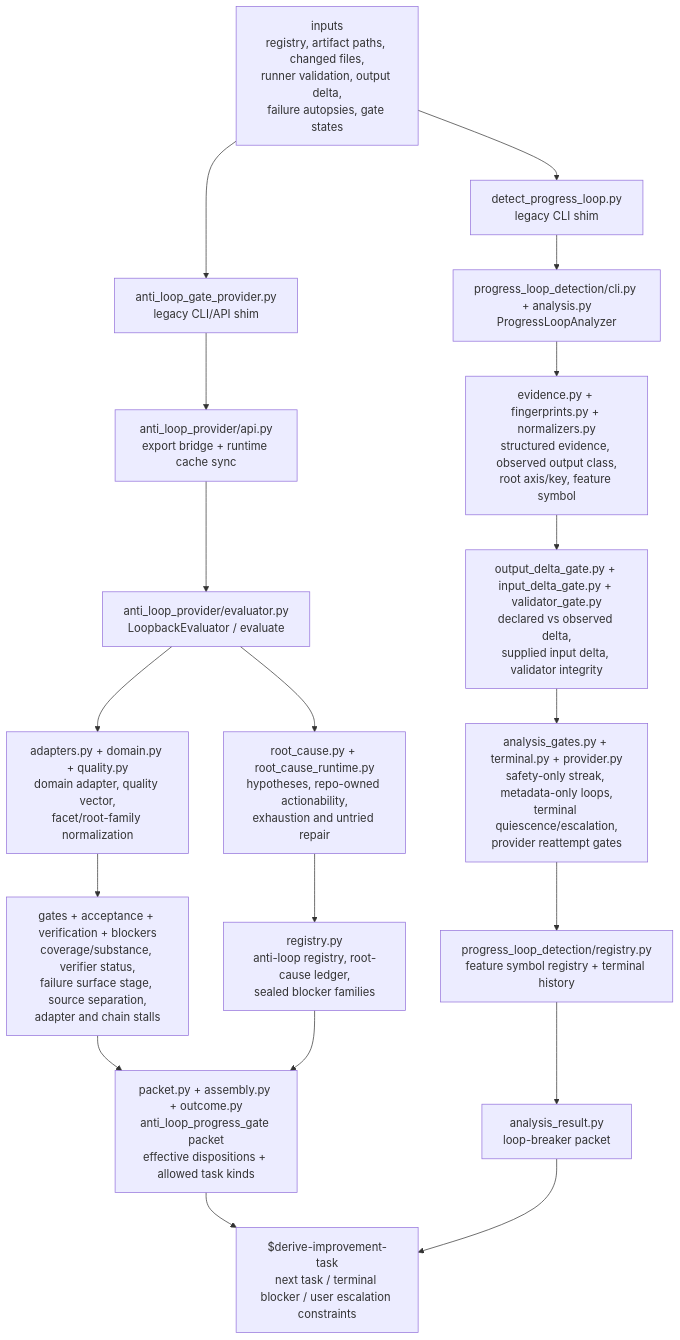
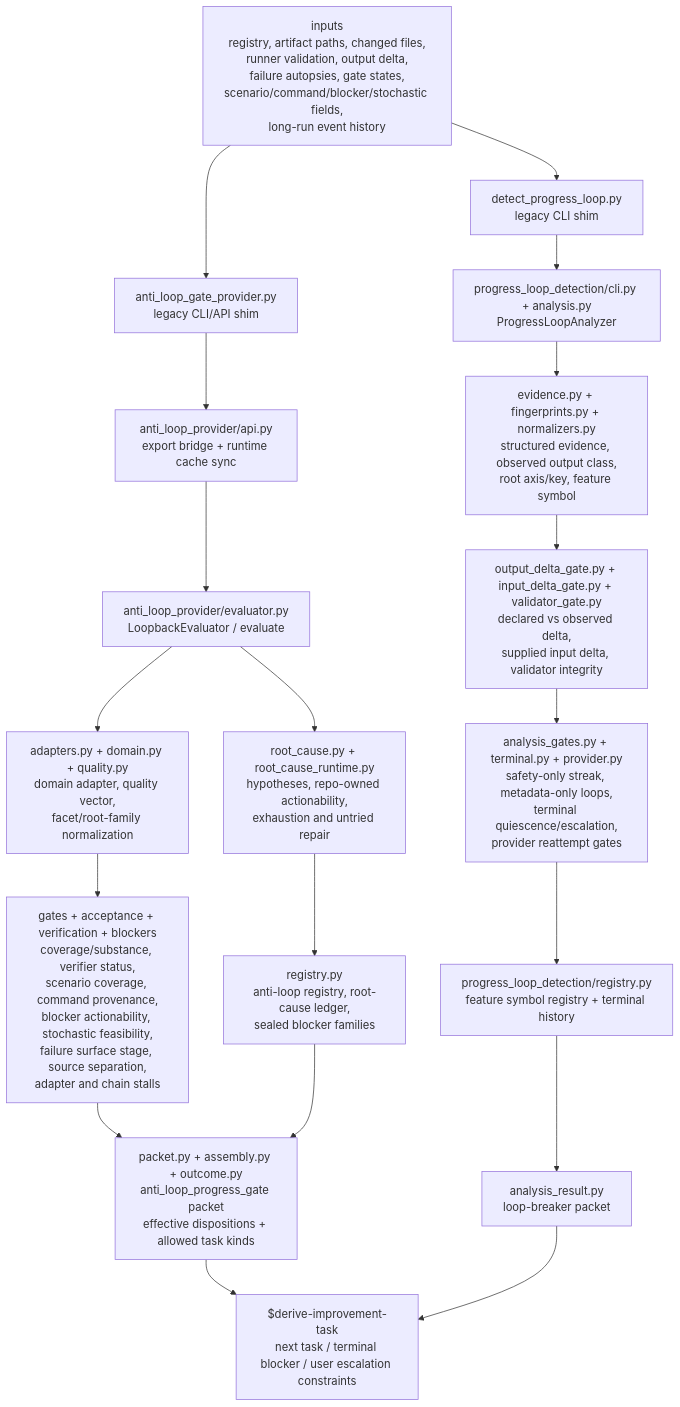
The seventh of 7 diagrams in README.md (sw1029/workflow_swfool), drawn with Mermaid before and after one commit. The commit also changed other lines of this file, not shown here.

````diff
--- a/README.md
+++ b/README.md
@@ -293,30 +302,30 @@
 ```mermaid
 flowchart TD
-  Inputs["inputs<br/>registry, artifact paths, changed files,<br/>runner validation, output delta,<br/>failure autopsies, gate states"]
+  Inputs["inputs<br/>registry, artifact paths, changed files,<br/>runner validation, output delta,<br/>failure autopsies, gate states,<br/>scenario/command/blocker/stochastic fields,<br/>long-run event history"]
 
   LoopbackCLI["anti_loop_gate_provider.py<br/>legacy CLI/API shim"]
   LoopbackAPI["anti_loop_provider/api.py<br/>export bridge + runtime cache sync"]
   LoopbackEval["anti_loop_provider/evaluator.py<br/>LoopbackEvaluator / evaluate"]
   AdapterLayer["adapters.py + domain.py + quality.py<br/>domain adapter, quality vector,<br/>facet/root-family normalization"]
-  LoopGates["gates + acceptance + verification + blockers<br/>coverage/substance, verifier status,<br/>failure surface stage, source separation,<br/>adapter and chain stalls"]
+  LoopGates["gates + acceptance + verification + blockers<br/>coverage/substance, verifier status,<br/>scenario coverage, command provenance,<br/>blocker actionability, stochastic feasibility,<br/>failure surface stage, source separation,<br/>adapter and chain stalls"]
   RootCause["root_cause.py + root_cause_runtime.py<br/>hypotheses, repo-owned actionability,<br/>exhaustion and untried repair"]
   LoopRegistry["registry.py<br/>anti-loop registry, root-cause ledger,<br/>sealed blocker families"]
   LoopPacket["packet.py + assembly.py + outcome.py<br/>anti_loop_progress_gate packet<br/>effective dispositions + allowed task kinds"]
 
   DetectCLI["detect_progress_loop.py<br/>legacy CLI shim"]
   DetectAnalyzer["progress_loop_detection/cli.py + analysis.py<br/>ProgressLoopAnalyzer"]
   DetectEvidence["evidence.py + fingerprints.py + normalizers.py<br/>structured evidence, observed output class,<br/>root axis/key, feature symbol"]
   DetectGates["output_delta_gate.py + input_delta_gate.py + validator_gate.py<br/>declared vs observed delta,<br/>supplied input delta, validator integrity"]
   DetectTerminal["analysis_gates.py + terminal.py + provider.py<br/>safety-only streak, metadata-only loops,<br/>terminal quiescence/escalation,<br/>provider reattempt gates"]
   DetectRegistry["progress_loop_detection/registry.py<br/>feature symbol registry + terminal history"]
   DetectPacket["analysis_result.py<br/>loop-breaker packet"]
 
   Derive["$derive-improvement-task<br/>next task / terminal blocker / user escalation constraints"]
 
   Inputs --> LoopbackCLI --> LoopbackAPI --> LoopbackEval
   LoopbackEval --> AdapterLayer --> LoopGates --> LoopPacket
   LoopbackEval --> RootCause --> LoopRegistry --> LoopPacket
   LoopPacket --> Derive
 
   Inputs --> DetectCLI --> DetectAnalyzer --> DetectEvidence --> DetectGates --> DetectTerminal --> DetectRegistry --> DetectPacket --> Derive
 ```
````
